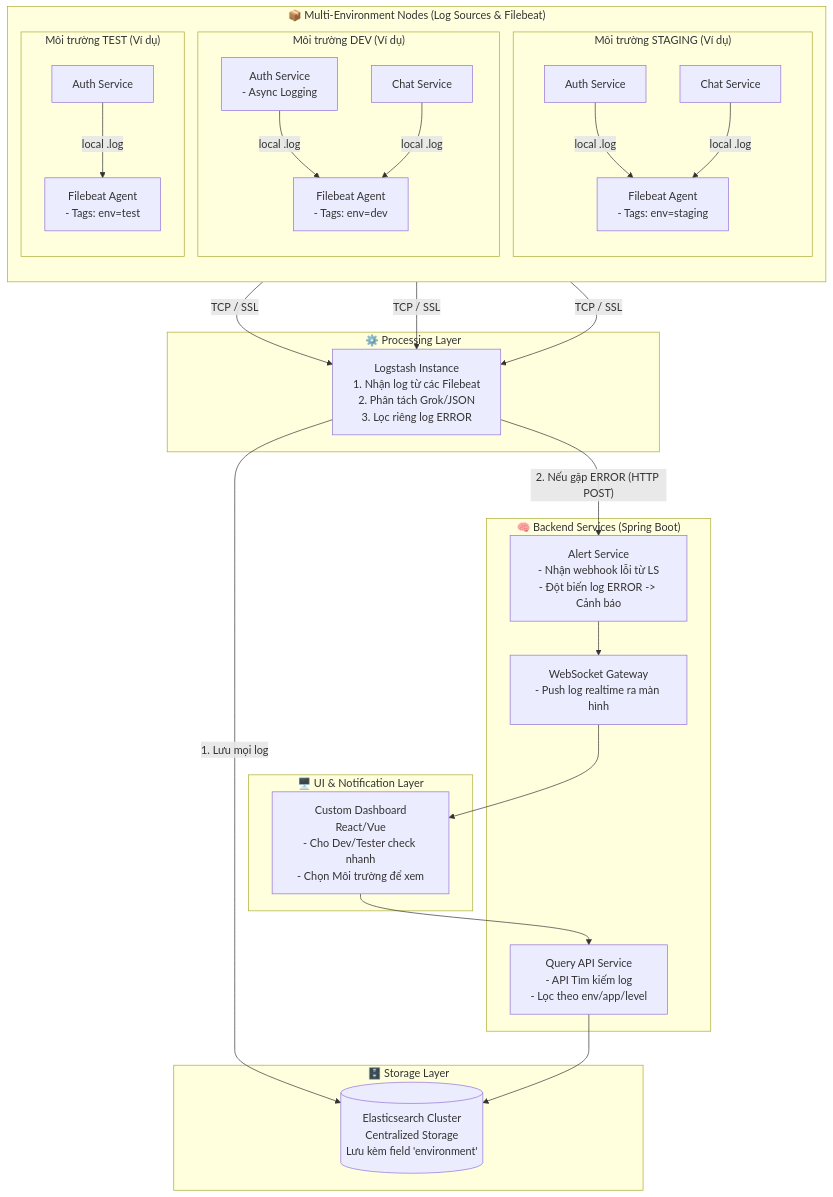
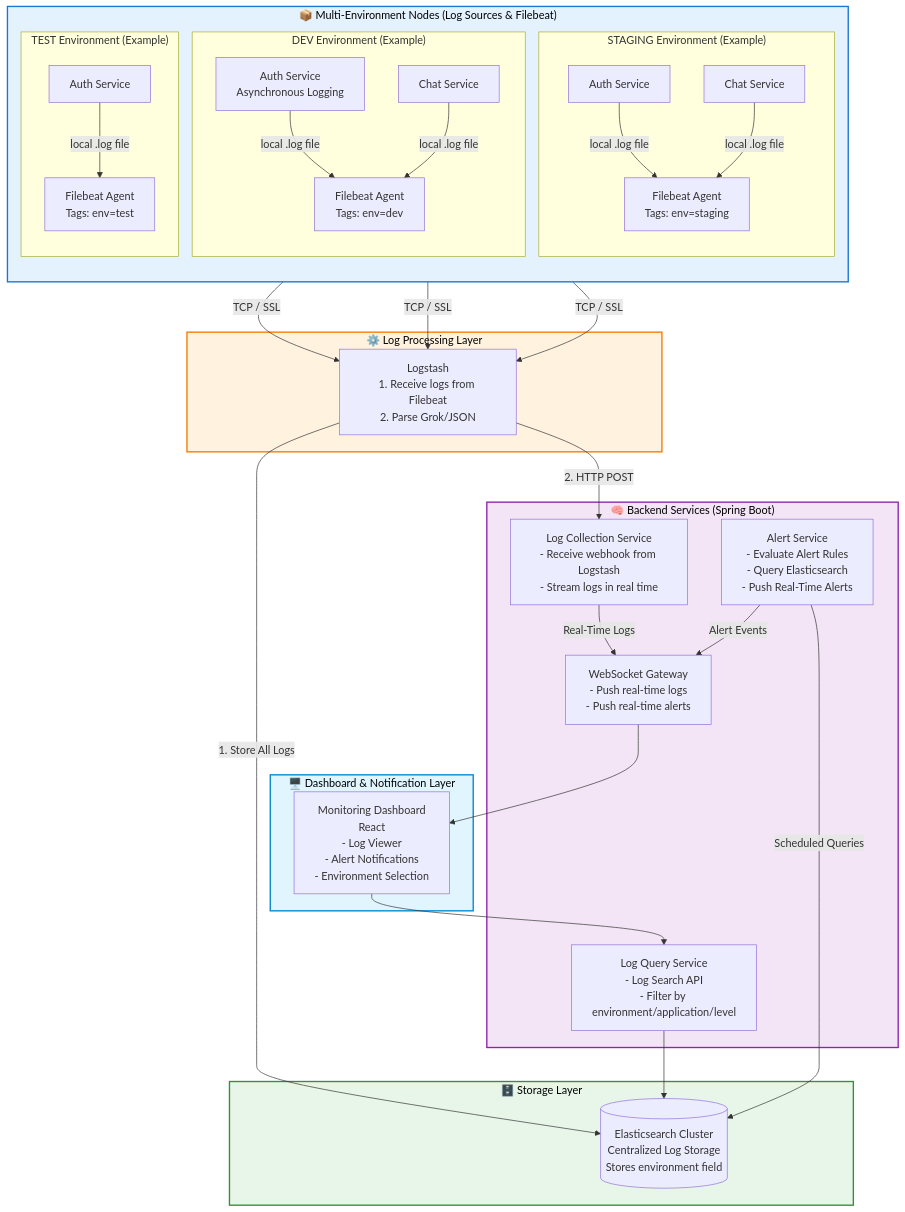
One commit to NgnTienDat/VDT-Centralized-Log-Management changed the diagram in docs/architecure.md. Above: the diagram before and after it, drawn with Mermaid. The commit also changed 4 other files, not shown here.

````diff
--- a/docs/architecure.md
+++ b/docs/architecure.md
@@ -1,80 +1,89 @@
-```mermaid
+```mermaid  
 flowchart TD
 
     %% =========================
     %% LOG PRODUCERS & AGENTS (MULTI-ENV)
     %% =========================
     subgraph SOURCES["📦 Multi-Environment Nodes (Log Sources & Filebeat)"]
-        direction TB 
+        direction TB
          
-        subgraph ENV_DEV["Môi trường DEV (Ví dụ)"]
-            A1[Auth Service\n- Async Logging] -->|local .log| FB1[Filebeat Agent\n- Tags: env=dev]
-            A2[Chat Service] -->|local .log| FB1
+        subgraph ENV_DEV["DEV Environment (Example)"]
+            A1[Auth Service<br/>Asynchronous Logging] -->|local .log file| FB1[Filebeat Agent<br/>Tags: env=dev]
+            A2[Chat Service] -->|local .log file| FB1
         end
 
-        subgraph ENV_STAGING["Môi trường STAGING (Ví dụ)"]
-            B1[Auth Service] -->|local .log| FB2[Filebeat Agent\n- Tags: env=staging]
-            B2[Chat Service] -->|local .log| FB2
+        subgraph ENV_STAGING["STAGING Environment (Example)"]
+            B1[Auth Service] -->|local .log file| FB2[Filebeat Agent<br/>Tags: env=staging]
+            B2[Chat Service] -->|local .log file| FB2
         end
         
-        subgraph ENV_TEST["Môi trường TEST (Ví dụ)"]
-            C1[Auth Service] -->|local .log| FB3[Filebeat Agent\n- Tags: env=test]
+        subgraph ENV_TEST["TEST Environment (Example)"]
+            C1[Auth Service] -->|local .log file| FB3[Filebeat Agent<br/>Tags: env=test]
         end
     end
 
     %% =========================
-    %% PROCESSING LAYER (LOGSTASH)
+    %% PROCESSING LAYER
     %% =========================
-    subgraph PROCESS["⚙️ Processing Layer"]
-        LS[Logstash Instance\n1. Nhận log từ các Filebeat\n2. Phân tách Grok/JSON\n3. Lọc riêng log ERROR]
+    subgraph PROCESS["⚙️ Log Processing Layer"]
+        LS[Logstash<br/>1. Receive logs from Filebeat<br/>2. Parse Grok/JSON]
     end
 
     %% =========================
     %% STORAGE LAYER
     %% =========================
     subgraph STORAGE["🗄️ Storage Layer"]
-        ES[(Elasticsearch Cluster\nCentralized Storage\nLưu kèm field 'environment')]
+        ES[(Elasticsearch Cluster<br/>Centralized Log Storage<br/>Stores environment field)]
     end
 
     %% =========================
-    %% BACKEND SERVICES (SPRING BOOT)
+    %% BACKEND SERVICES
     %% =========================
     subgraph BACKEND["🧠 Backend Services (Spring Boot)"]
-        QUERY[Query API Service\n- API Tìm kiếm log\n- Lọc theo env/app/level]
-        
-        ALERT[Alert Service\n- Nhận webhook lỗi từ LS\n- Đột biến log ERROR -> Cảnh báo]
-        
-        WS[WebSocket Gateway\n- Push log realtime ra màn hình]
+
+        QUERY[Log Query Service<br/>- Log Search API<br/>- Filter by environment/application/level]
+
+        COLLECT[Log Collection Service<br/>- Receive webhook from Logstash<br/>- Stream logs in real time]
+
+        ALERT[Alert Service<br/>- Evaluate Alert Rules<br/>- Query Elasticsearch<br/>- Push Real-Time Alerts]
+
+        WS[WebSocket Gateway<br/>- Push real-time logs<br/>- Push real-time alerts]
     end
 
     %% =========================
-    %% FRONTEND & NOTIFICATION
+    %% FRONTEND
     %% =========================
-    subgraph FRONTEND_LAYER["🖥️ UI & Notification Layer"]
-        REACT[Custom Dashboard\nReact/Vue\n- Cho Dev/Tester check nhanh\n- Chọn Môi trường để xem]
+    subgraph FRONTEND_LAYER["🖥️ Dashboard & Notification Layer"]
+        REACT[Monitoring Dashboard<br/>React<br/>- Log Viewer<br/>- Alert Notifications<br/>- Environment Selection]
     end
 
     %% =========================
-    %% FLOW DIRECTION
+    %% DATA FLOW
     %% =========================
 
-    %% Filebeat các môi trường đẩy thẳng về cổng TCP của Logstash công ty
     FB1 -->|TCP / SSL| LS
     FB2 -->|TCP / SSL| LS
     FB3 -->|TCP / SSL| LS
 
-    %% Logstash rẽ nhánh dữ liệu
-    LS -->|1. Lưu mọi log| ES
-    LS -- "2. Nếu gặp ERROR (HTTP POST)" --> ALERT
+    LS -->|1. Store All Logs| ES
+    LS -->|2. HTTP POST| COLLECT
 
-    %% Luồng Query & Hiển thị
     QUERY --> ES
     REACT --> QUERY
-    
-    %% Luồng Cảnh báo
-    ALERT --> WS
+
+    COLLECT -->|Real-Time Logs| WS
+
+    ALERT -->|Scheduled Queries| ES
+    ALERT -->|Alert Events| WS
+
     WS --> REACT
 
-    
-
+    %% =========================
+    %% COLORS
+    %% =========================
+    style SOURCES fill:#E3F2FD,stroke:#1976D2,stroke-width:2px,color:#000
+    style PROCESS fill:#FFF3E0,stroke:#F57C00,stroke-width:2px,color:#000
+    style STORAGE fill:#E8F5E9,stroke:#388E3C,stroke-width:2px,color:#000
+    style BACKEND fill:#F3E5F5,stroke:#8E24AA,stroke-width:2px,color:#000
+    style FRONTEND_LAYER fill:#E1F5FE,stroke:#0288D1,stroke-width:2px,color:#000
 ```
````
